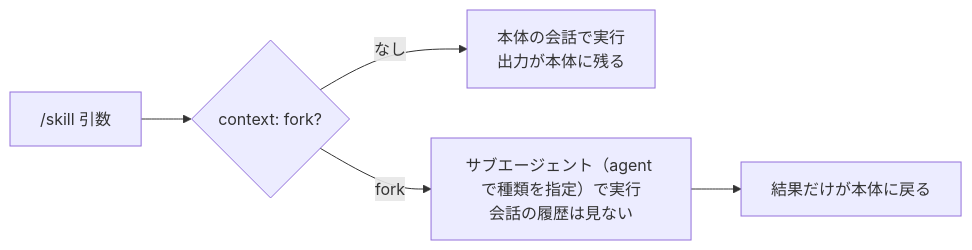
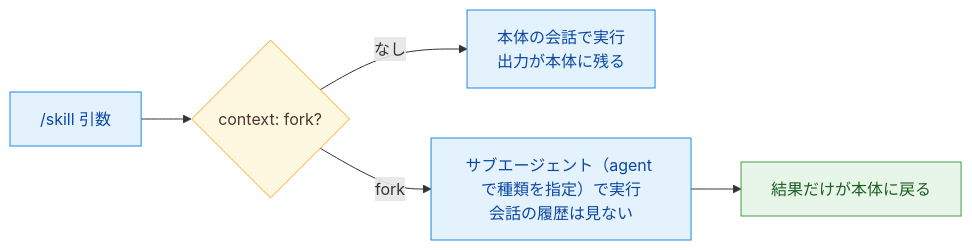
The diagram in ccaf/notes/03-claude-code/skill-frontmatter.md (yuya-take/yuya-exam-notes), drawn with Mermaid before and after one commit. The commit also changed other lines of this file and 50 other files, not shown here.

````diff
--- a/ccaf/notes/03-claude-code/skill-frontmatter.md
+++ b/ccaf/notes/03-claude-code/skill-frontmatter.md
@@ -12,6 +12,12 @@
 ```mermaid
 flowchart LR
-  U["/skill 引数"] --> F{context: fork?}
-  F -- なし --> M[本体の会話で実行<br/>出力が本体に残る]
+  U["/skill 引数"] --> F{"context: fork?"}
+  F -- なし --> M["本体の会話で実行<br/>出力が本体に残る"]
   F -- fork --> S["サブエージェント（agent で種類を指定）で実行<br/>会話の履歴は見ない"] --> R[結果だけが本体に戻る]
+  classDef run fill:#e3f2fd,stroke:#1e88e5,color:#0d47a1
+  classDef judge fill:#fff8e1,stroke:#f9a825,color:#4e342e
+  classDef done fill:#e8f5e9,stroke:#43a047,color:#1b5e20
+  class U,M,S run
+  class F judge
+  class R done
 ```
````
